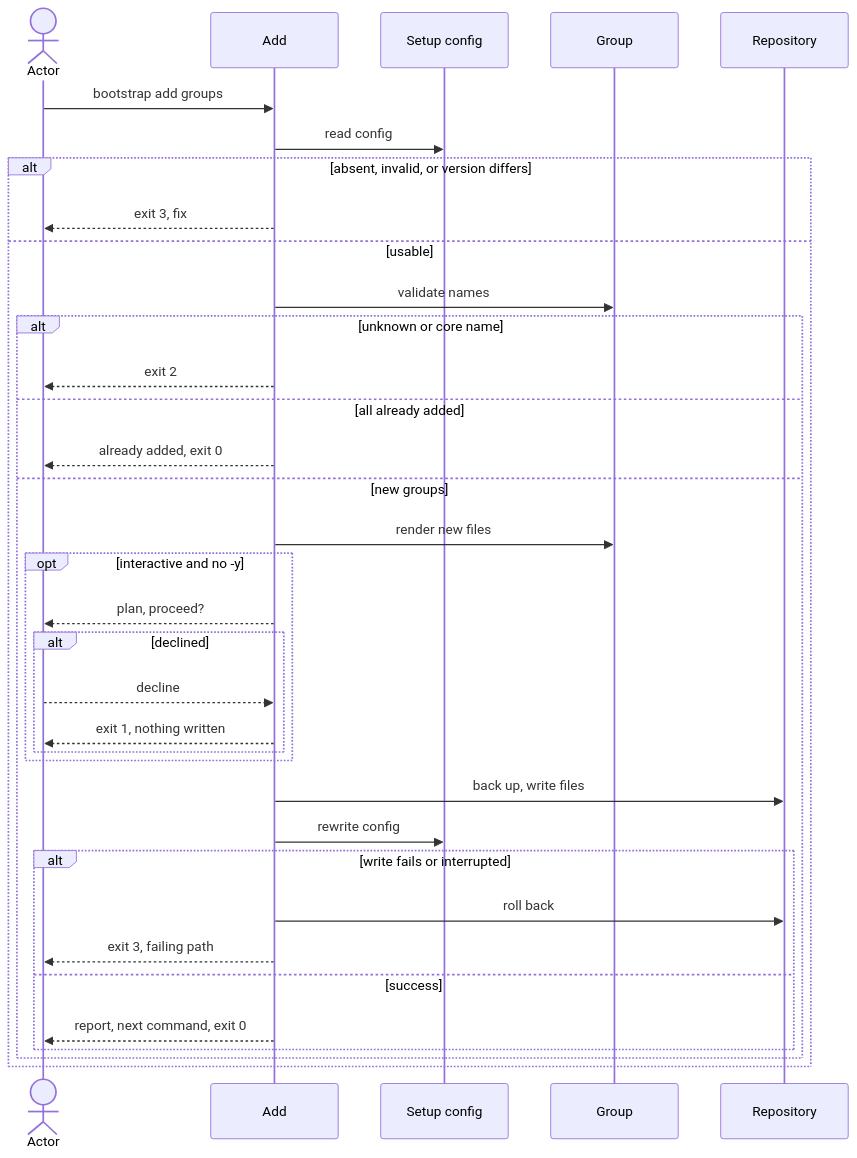
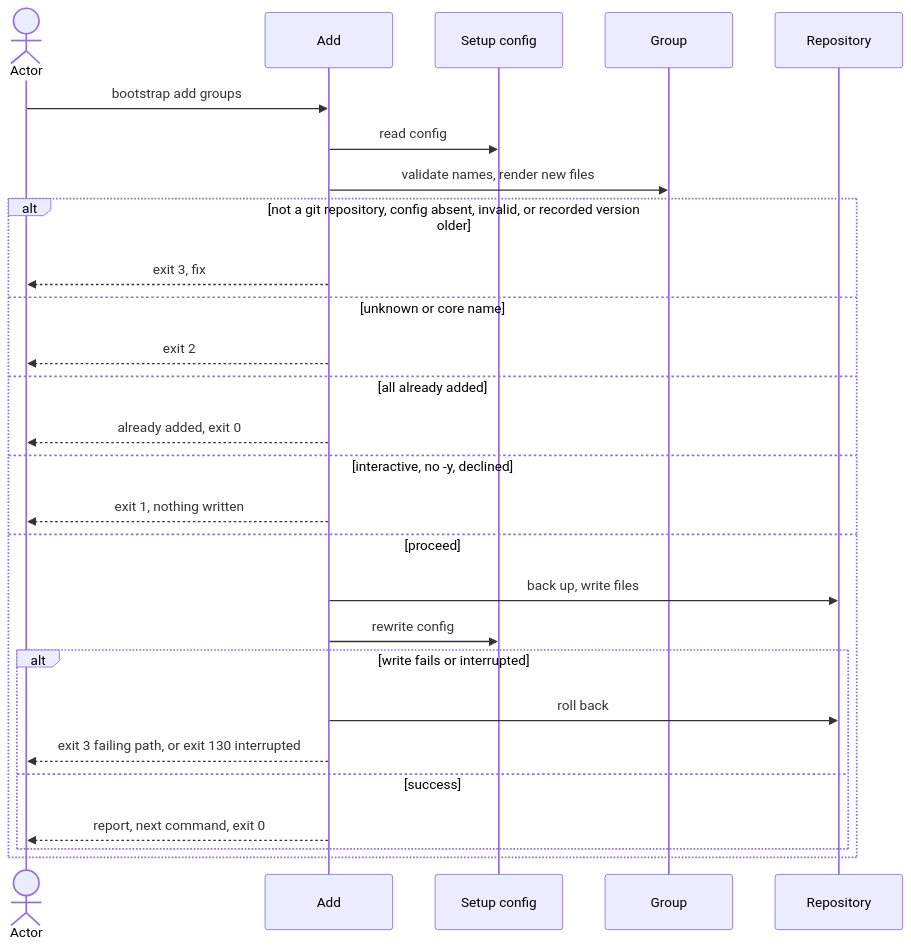
The diagram in docs/blueprint/flows/cli/140-add-group/index.md (virajp/bootstrap), drawn with Mermaid before and after one commit. The commit also changed other lines of this file and 14 other files, not shown here.

Commit message:
docs: blueprint flow site/110-documentation, density pass, coherence fixes, coverage complete

````diff
--- a/docs/blueprint/flows/cli/140-add-group/index.md
+++ b/docs/blueprint/flows/cli/140-add-group/index.md
@@ -88,37 +75,29 @@
 ```mermaid
 sequenceDiagram
     actor O as Actor
     participant A as Add
     participant C as Setup config
     participant G as Group
     participant R as Repository
     O->>A: bootstrap add groups
     A->>C: read config
-    alt absent, invalid, or version differs
+    A->>G: validate names, render new files
+    alt not a git repository, config absent, invalid, or recorded version older
         A-->>O: exit 3, fix
-    else usable
-        A->>G: validate names
-        alt unknown or core name
-            A-->>O: exit 2
-        else all already added
-            A-->>O: already added, exit 0
-        else new groups
-            A->>G: render new files
-            opt interactive and no -y
-                A-->>O: plan, proceed?
-                alt declined
-                    O-->>A: decline
-                    A-->>O: exit 1, nothing written
-                end
-            end
-            A->>R: back up, write files
-            A->>C: rewrite config
-            alt write fails or interrupted
-                A->>R: roll back
-                A-->>O: exit 3, failing path
-            else success
-                A-->>O: report, next command, exit 0
-            end
+    else unknown or core name
+        A-->>O: exit 2
+    else all already added
+        A-->>O: already added, exit 0
+    else interactive, no -y, declined
+        A-->>O: exit 1, nothing written
+    else proceed
+        A->>R: back up, write files
+        A->>C: rewrite config
+        alt write fails or interrupted
+            A->>R: roll back
+            A-->>O: exit 3 failing path, or exit 130 interrupted
+        else success
+            A-->>O: report, next command, exit 0
         end
     end
 ```
````
